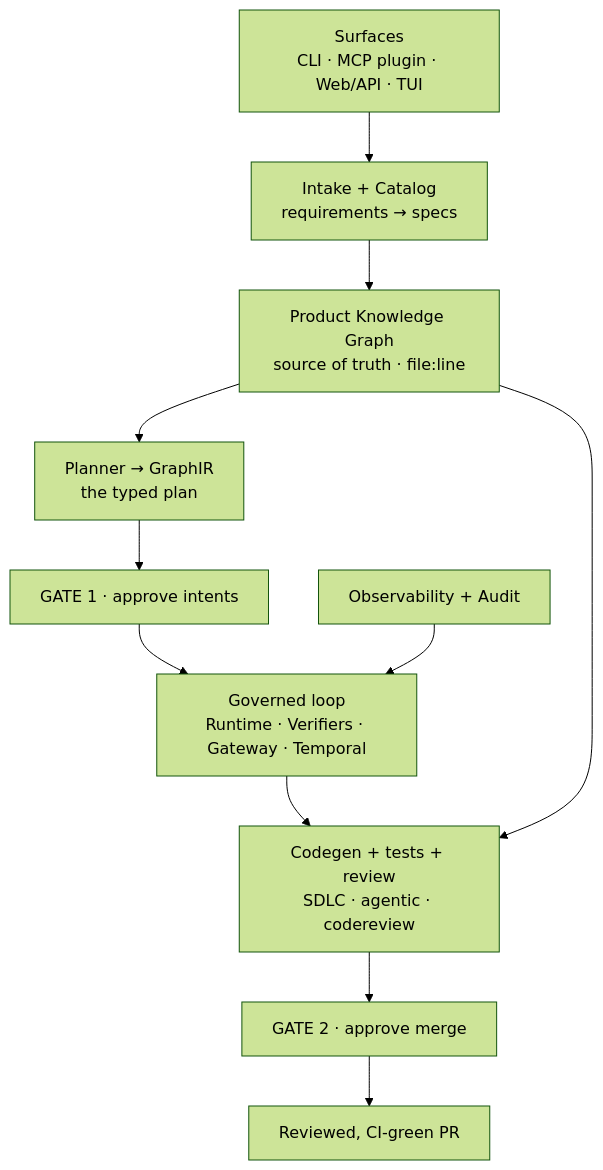
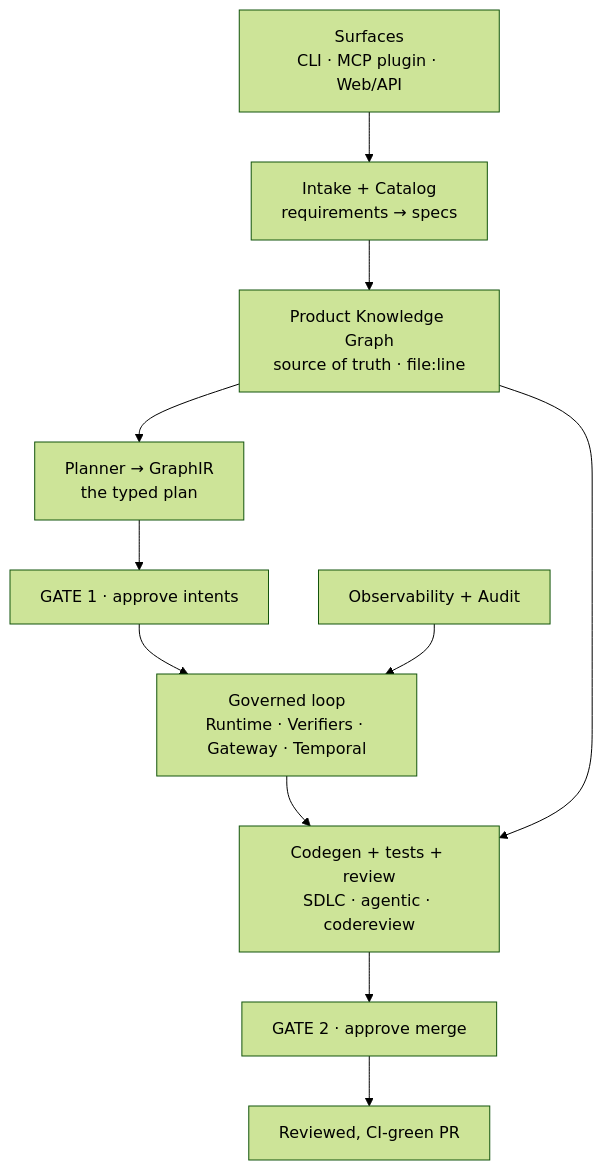
The diagram in ARCHITECTURE.md (synaptixs/spine), drawn with Mermaid (forest theme) before and after one commit. The commit also changed other lines of this file and 19 other files, not shown here.

````diff
--- a/ARCHITECTURE.md
+++ b/ARCHITECTURE.md
@@ -109,23 +108,23 @@
 ```mermaid
 flowchart TB
-    surf["Surfaces<br/>CLI · MCP plugin · Web/API · TUI"]
+    surf["Surfaces<br/>CLI · MCP plugin · Web/API"]
     intake["Intake + Catalog<br/>requirements → specs"]
     pkg["Product Knowledge Graph<br/>source of truth · file:line"]
     plan["Planner → GraphIR<br/>the typed plan"]
     gate1["GATE 1 · approve intents"]
     loop["Governed loop<br/>Runtime · Verifiers · Gateway · Temporal"]
     review["Codegen + tests + review<br/>SDLC · agentic · codereview"]
     gate2["GATE 2 · approve merge"]
     pr["Reviewed, CI-green PR"]
     obs["Observability + Audit"]
     surf --> intake
     intake --> pkg
     pkg --> plan
     plan --> gate1
     gate1 --> loop
     loop --> review
     review --> gate2
     gate2 --> pr
     pkg --> review
     obs --> loop
 ```
````
